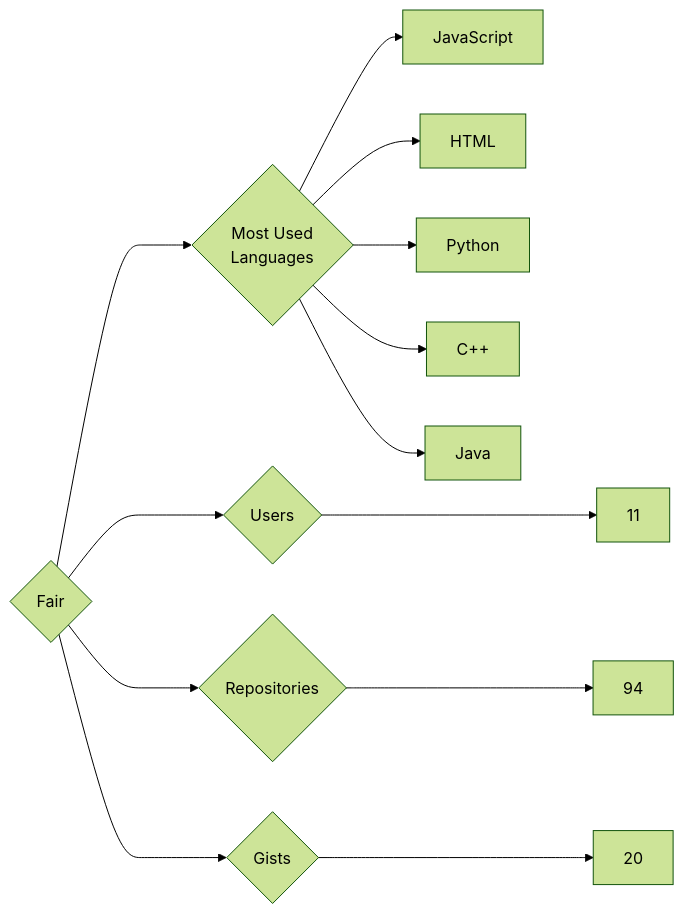
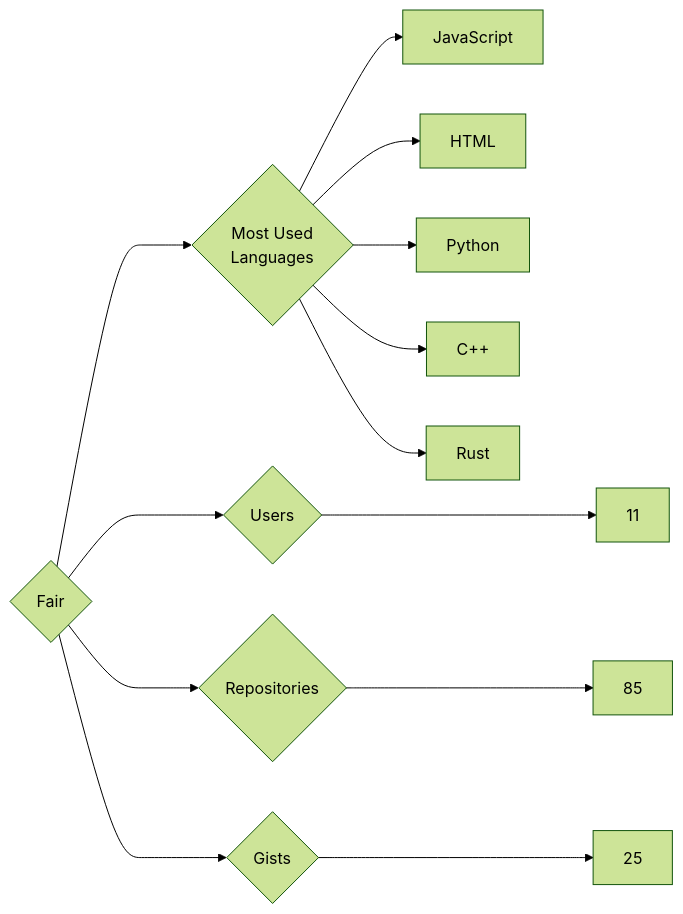
The diagram in targets/Fair/README.md (trickest/insiders), drawn with Mermaid (forest theme) before and after one commit. The commit also changed 912 other files, not shown here.

````diff
--- a/targets/Fair/README.md
+++ b/targets/Fair/README.md
@@ -3,13 +3,13 @@
 ```mermaid
 graph LR
 COMPANY_NAME{Fair}
 COMPANY_NAME ---> U{Users} ---> UN[11]
-COMPANY_NAME ---> R{Repositories} ---> RN[94]
-COMPANY_NAME ---> G{Gists} ---> GN[20]
+COMPANY_NAME ---> R{Repositories} ---> RN[85]
+COMPANY_NAME ---> G{Gists} ---> GN[25]
 COMPANY_NAME ---> ML{Most Used<br>Languages}
 ML --> JavaScript[JavaScript]
 ML --> HTML[HTML]
 ML --> Python[Python]
 ML --> C++[C++]
-ML --> Java[Java]
+ML --> Rust[Rust]
 ```
````
